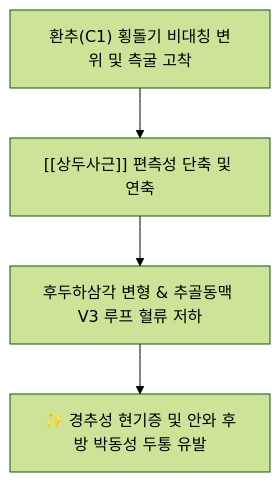
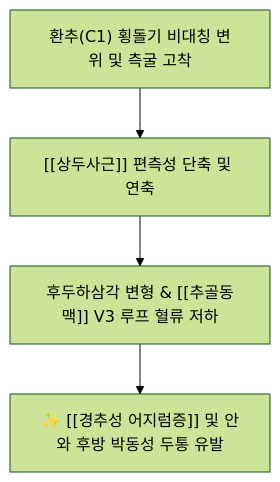
The second of 3 diagrams in content/1. 근골격계 공부/근육/(2) 경부/상두사근.md (simbio11/simbio-digital-garden2), drawn with Mermaid (forest theme) before and after one commit. The commit also changed other lines of this file and 150 other files, not shown here.

````diff
--- a/content/1. 근골격계 공부/근육/(2) 경부/상두사근.md
+++ b/content/1. 근골격계 공부/근육/(2) 경부/상두사근.md
@@ -48,6 +64,6 @@
 ```mermaid
 graph TD
     AtlasSubluxation["환추(C1) 횡돌기 비대칭 변위 및 측굴 고착"] --> SuperiorSpasm["[[상두사근]] 편측성 단축 및 연축"]
-    SuperiorSpasm --> TriangleDistortion["후두하삼각 변형 & 추골동맥 V3 루프 혈류 저하"]
-    TriangleDistortion --> CervicogenicDizziness["✨ 경추성 현기증 및 안와 후방 박동성 두통 유발"]
+    SuperiorSpasm --> TriangleDistortion["후두하삼각 변형 & [[추골동맥]] V3 루프 혈류 저하"]
+    TriangleDistortion --> CervicogenicDizziness["✨ [[경추성 어지럼증]] 및 안와 후방 박동성 두통 유발"]
 ```
````
